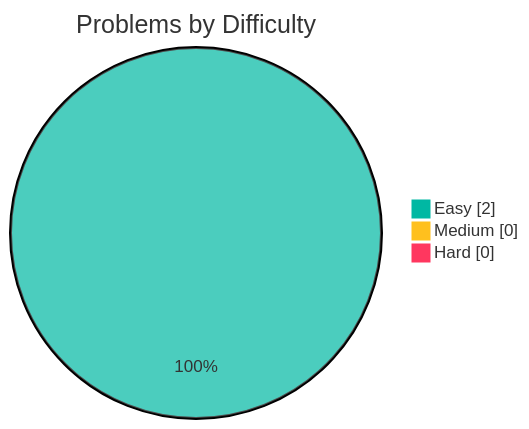
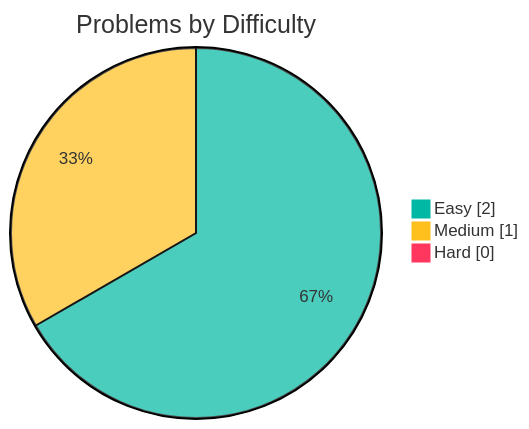
Before and after one commit to samy-D5/Leetcode: the first of 2 diagrams in README.md, drawn with Mermaid. The commit also changed other lines of this file, not shown here.

````diff
--- a/README.md
+++ b/README.md
@@ -10,7 +10,7 @@
 ```mermaid
 %%{init: {"theme":"base","themeVariables":{"pie1":"#00b8a3","pie2":"#ffc01e","pie3":"#ff375f"}}}%%
 pie showData title Problems by Difficulty
     "Easy" : 2
-    "Medium" : 0
+    "Medium" : 1
     "Hard" : 0
 ```
````
